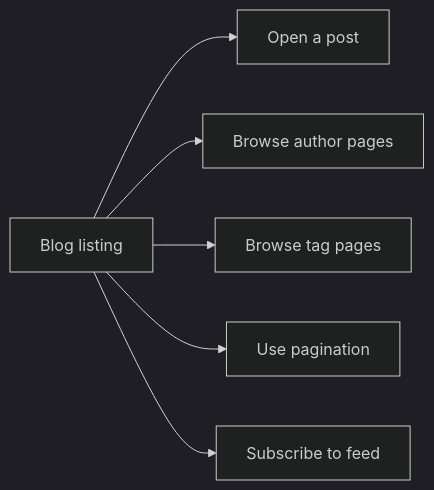
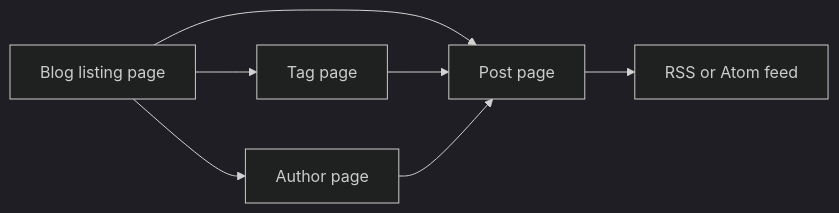
Before and after one commit to Mohita111/API2: the first of 3 diagrams in api2-documentation/plan_2026-11-02_f8890e/user-facing-docs/blog.md, drawn with Mermaid (dark theme). The commit also changed other lines of this file and 13 other files, not shown here.

````diff
--- a/api2-documentation/plan_2026-11-02_f8890e/user-facing-docs/blog.md
+++ b/api2-documentation/plan_2026-11-02_f8890e/user-facing-docs/blog.md
@@ -25,8 +21,9 @@
 ```mermaid
 graph LR
-    A[Blog listing] --> B[Open a post]
-    A --> C[Browse author pages]
-    A --> D[Browse tag pages]
-    A --> E[Use pagination]
-    A --> F[Subscribe to feed]
+    A["Blog listing page"] --> B["Post page"]
+    A --> C["Tag page"]
+    A --> D["Author page"]
+    B --> E["RSS or Atom feed"]
+    C --> B
+    D --> B
 ```
````
